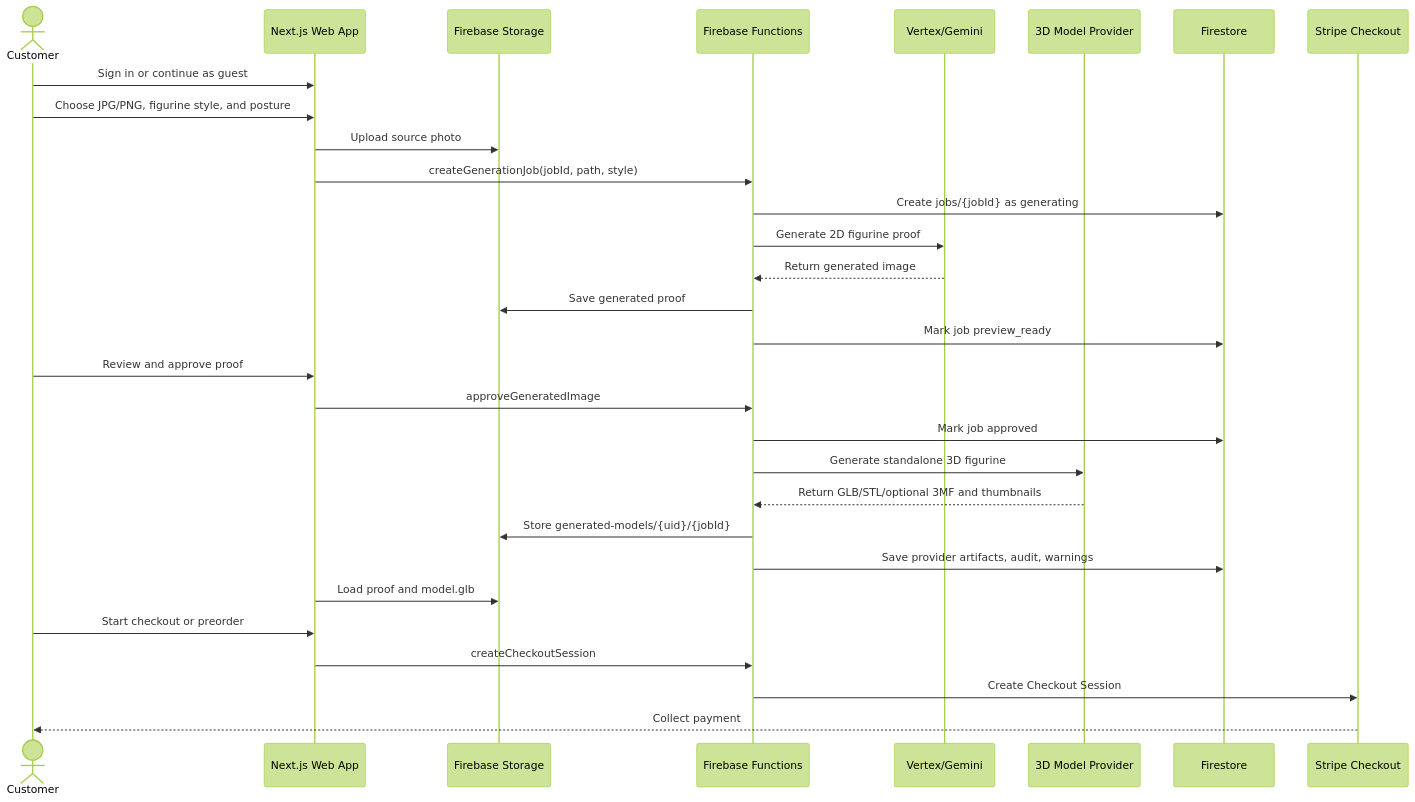
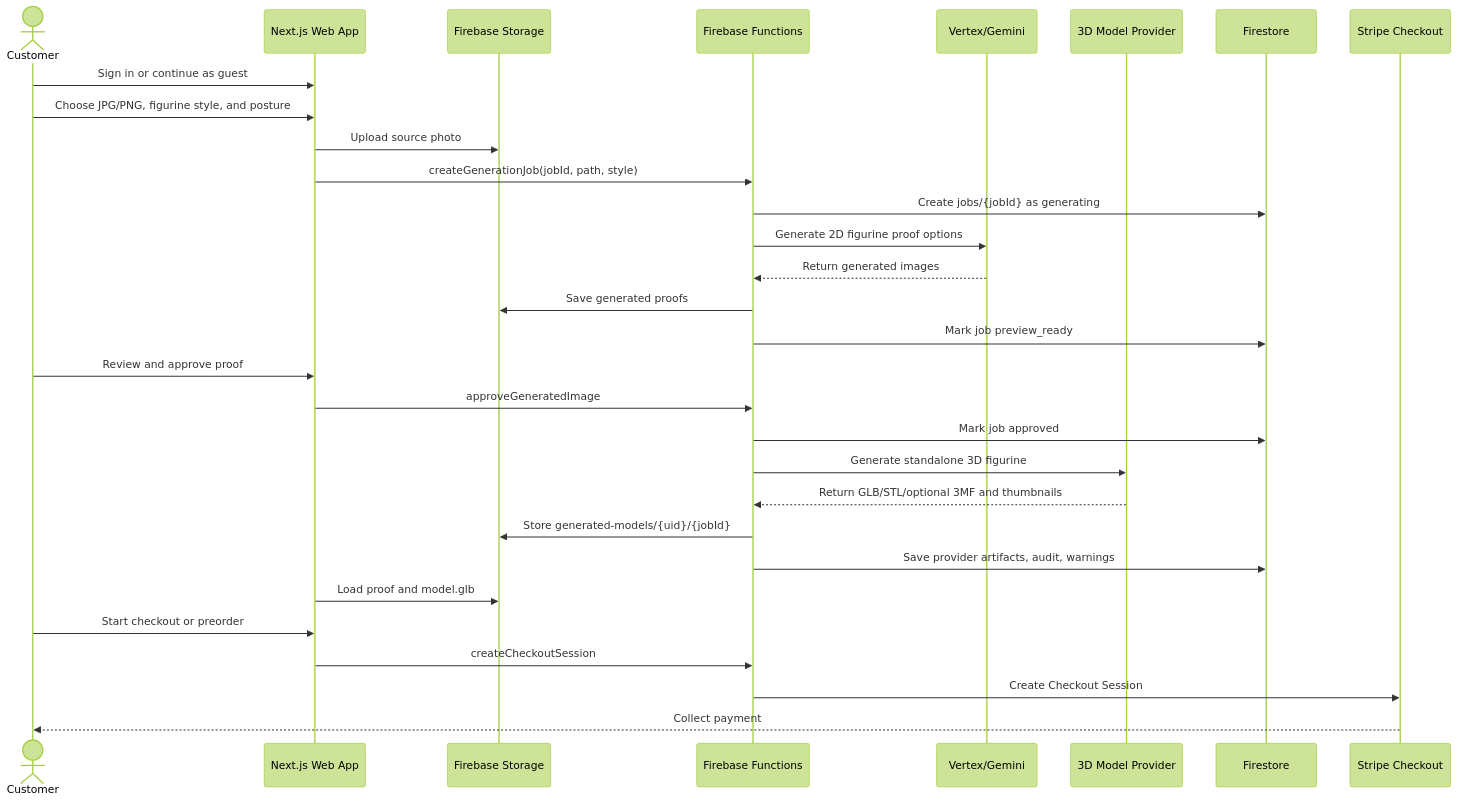
Before and after one commit to KielRN/3dprintposters: the second of 3 diagrams in README.md, drawn with Mermaid (forest theme). The commit also changed other lines of this file and 17 other files, not shown here.

Commit message:
Add configurable figurine proof workflow

````diff
--- a/README.md
+++ b/README.md
@@ -95,33 +96,33 @@
 ```mermaid
 sequenceDiagram
   actor Customer
   participant Web as Next.js Web App
   participant Storage as Firebase Storage
   participant Fn as Firebase Functions
   participant AI as Vertex/Gemini
   participant Model as 3D Model Provider
   participant DB as Firestore
   participant Stripe as Stripe Checkout
 
   Customer->>Web: Sign in or continue as guest
   Customer->>Web: Choose JPG/PNG, figurine style, and posture
   Web->>Storage: Upload source photo
   Web->>Fn: createGenerationJob(jobId, path, style)
   Fn->>DB: Create jobs/{jobId} as generating
-  Fn->>AI: Generate 2D figurine proof
-  AI-->>Fn: Return generated image
-  Fn->>Storage: Save generated proof
+  Fn->>AI: Generate 2D figurine proof options
+  AI-->>Fn: Return generated images
+  Fn->>Storage: Save generated proofs
   Fn->>DB: Mark job preview_ready
   Customer->>Web: Review and approve proof
   Web->>Fn: approveGeneratedImage
   Fn->>DB: Mark job approved
   Fn->>Model: Generate standalone 3D figurine
   Model-->>Fn: Return GLB/STL/optional 3MF and thumbnails
   Fn->>Storage: Store generated-models/{uid}/{jobId}
   Fn->>DB: Save provider artifacts, audit, warnings
   Web->>Storage: Load proof and model.glb
   Customer->>Web: Start checkout or preorder
   Web->>Fn: createCheckoutSession
   Fn->>Stripe: Create Checkout Session
   Stripe-->>Customer: Collect payment
 ```
````
